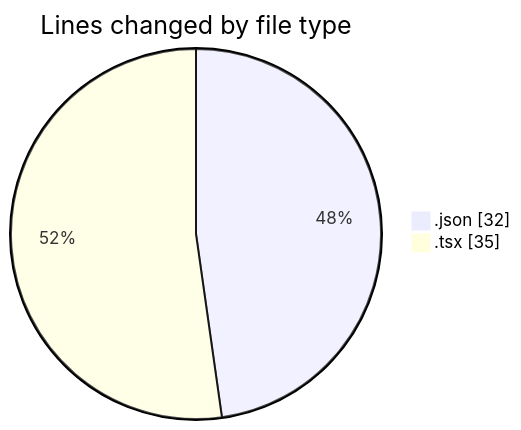
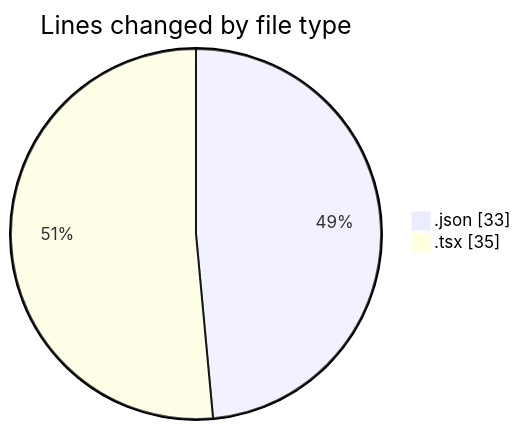
One commit to momahboobian/code-tracking changed the first of 2 diagrams in 2025-03-06/song-sieve/README.md. Above: the diagram before and after it, drawn with Mermaid. The commit also changed other lines of this file and 1 other file, not shown here.

````diff
--- a/2025-03-06/song-sieve/README.md
+++ b/2025-03-06/song-sieve/README.md
@@ -21,6 +21,6 @@
 ```mermaid
 pie showData
 title Lines changed by file type
-".json" : 32
+".json" : 33
 ".tsx" : 35
 ```
````
